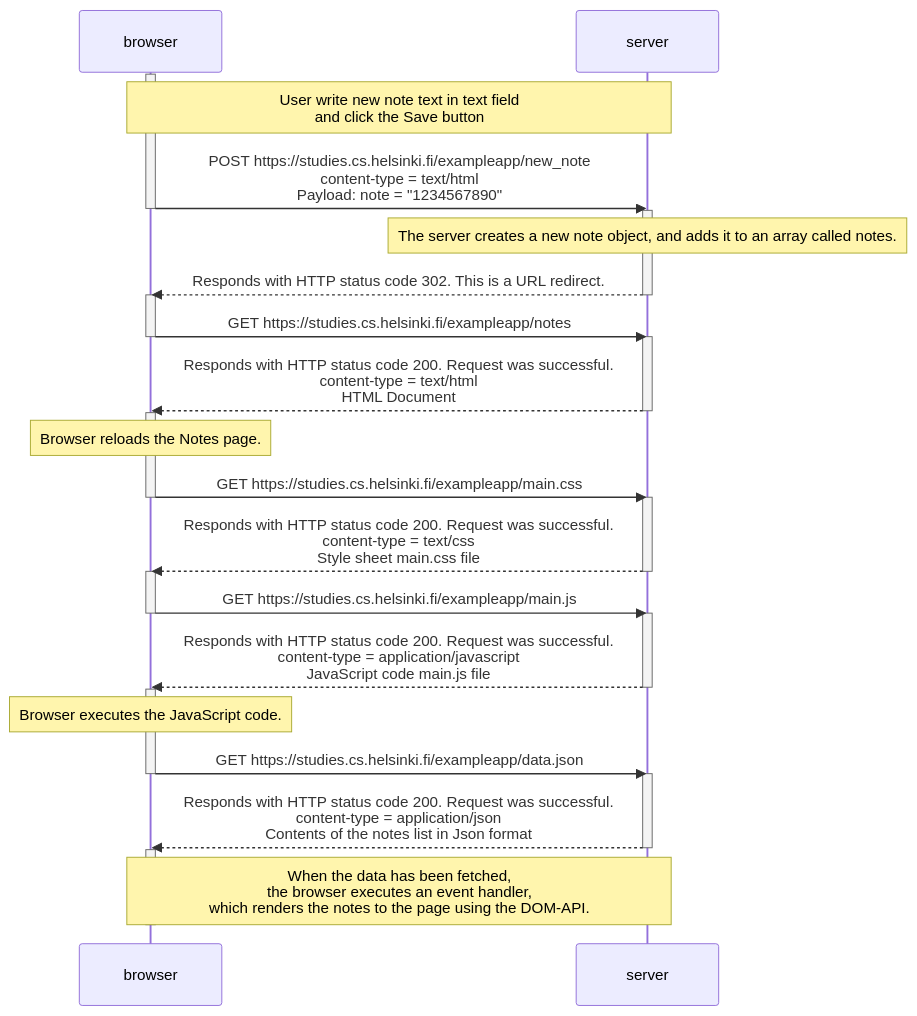
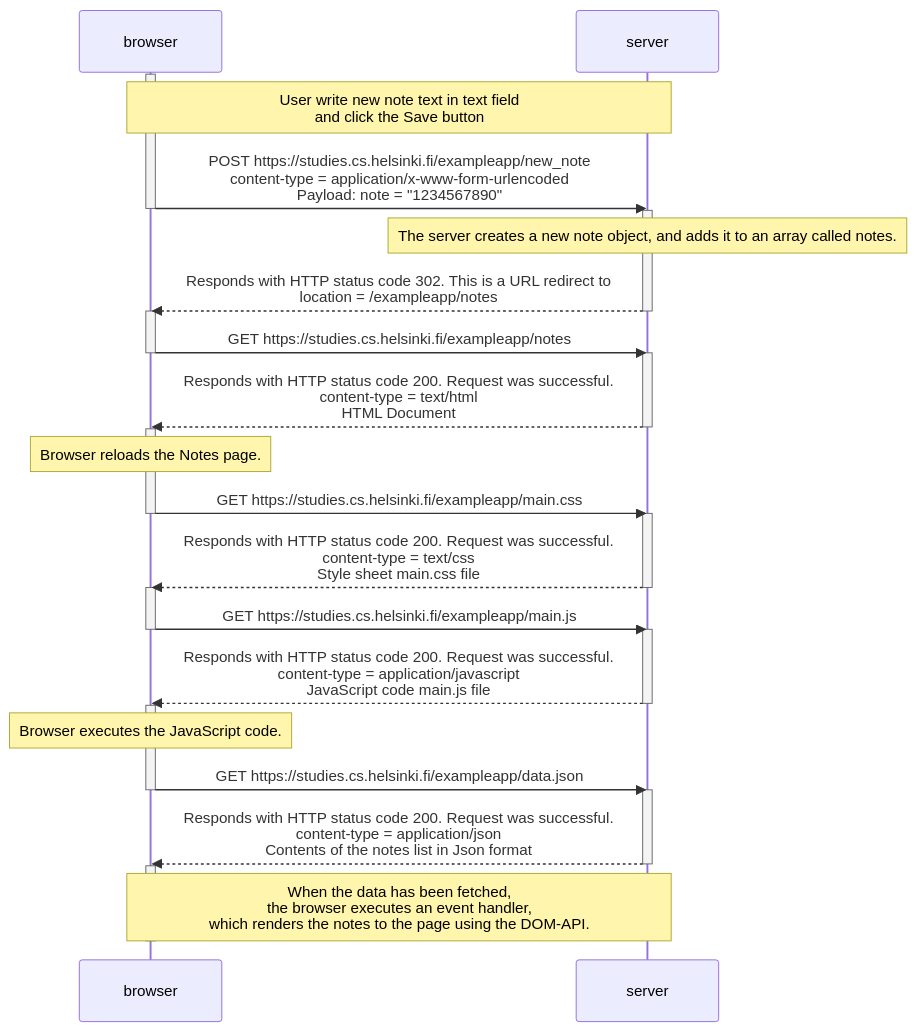
One commit to amoskovskij/fullstackopen changed the diagram in part0/0.4 New note diagram/0.4 New note diagram.mmd. Above: the diagram before and after it, drawn with Mermaid.

Commit message:
Update 0.4 New note diagram.mmd
Bug fixes

```diff
--- a/part0/0.4 New note diagram/0.4 New note diagram.mmd
+++ b/part0/0.4 New note diagram/0.4 New note diagram.mmd
@@ -1,40 +1,40 @@
 sequenceDiagram
     participant browser
     participant server
     activate browser
     Note over browser, server: User write new note text in text field<br>and click the Save button
-    browser->>server: POST https://studies.cs.helsinki.fi/exampleapp/new_note<br>content-type = text/html<br>Payload: note = "1234567890"
+    browser->>server: POST https://studies.cs.helsinki.fi/exampleapp/new_note<br>content-type = application/x-www-form-urlencoded<br>Payload: note = "1234567890"
     deactivate browser
     activate server
     Note over server: The server creates a new note object, and adds it to an array called notes.
-    server-->>browser: Responds with HTTP status code 302. This is a URL redirect.
+    server-->>browser: Responds with HTTP status code 302. This is a URL redirect to<br>location = /exampleapp/notes
     deactivate server
     activate browser
     browser->>server: GET https://studies.cs.helsinki.fi/exampleapp/notes
     deactivate browser
     activate server
     server-->>browser: Responds with HTTP status code 200. Request was successful.<br>content-type = text/html<br>HTML Document
     deactivate server
     activate browser
     Note over browser: Browser reloads the Notes page.
     browser->>server: GET https://studies.cs.helsinki.fi/exampleapp/main.css
     deactivate browser
     activate server
     server-->>browser: Responds with HTTP status code 200. Request was successful.<br>content-type = text/css<br>Style sheet main.css file
     deactivate server
     activate browser
     browser->>server: GET https://studies.cs.helsinki.fi/exampleapp/main.js
     deactivate browser
     activate server
     server-->>browser: Responds with HTTP status code 200. Request was successful.<br>content-type = application/javascript<br>JavaScript code main.js file
     deactivate server
     activate browser
     Note over browser: Browser executes the JavaScript code.
     browser->>server: GET https://studies.cs.helsinki.fi/exampleapp/data.json
     deactivate browser
     activate server
     server-->>browser: Responds with HTTP status code 200. Request was successful.<br>content-type = application/json<br>Contents of the notes list in Json format
     deactivate server
     activate browser
     Note over browser, server: When the data has been fetched,<br>the browser executes an event handler,<br>which renders the notes to the page using the DOM-API.
     deactivate browser
```
